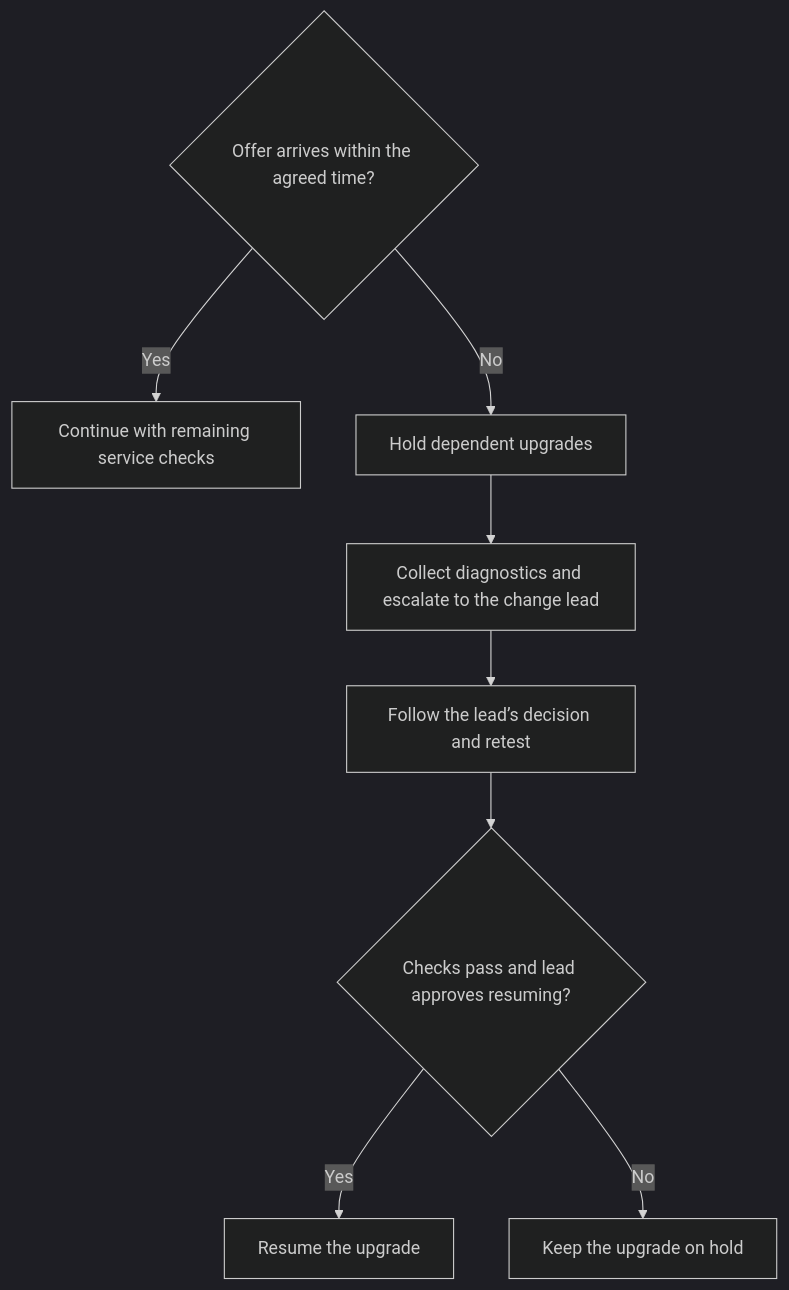
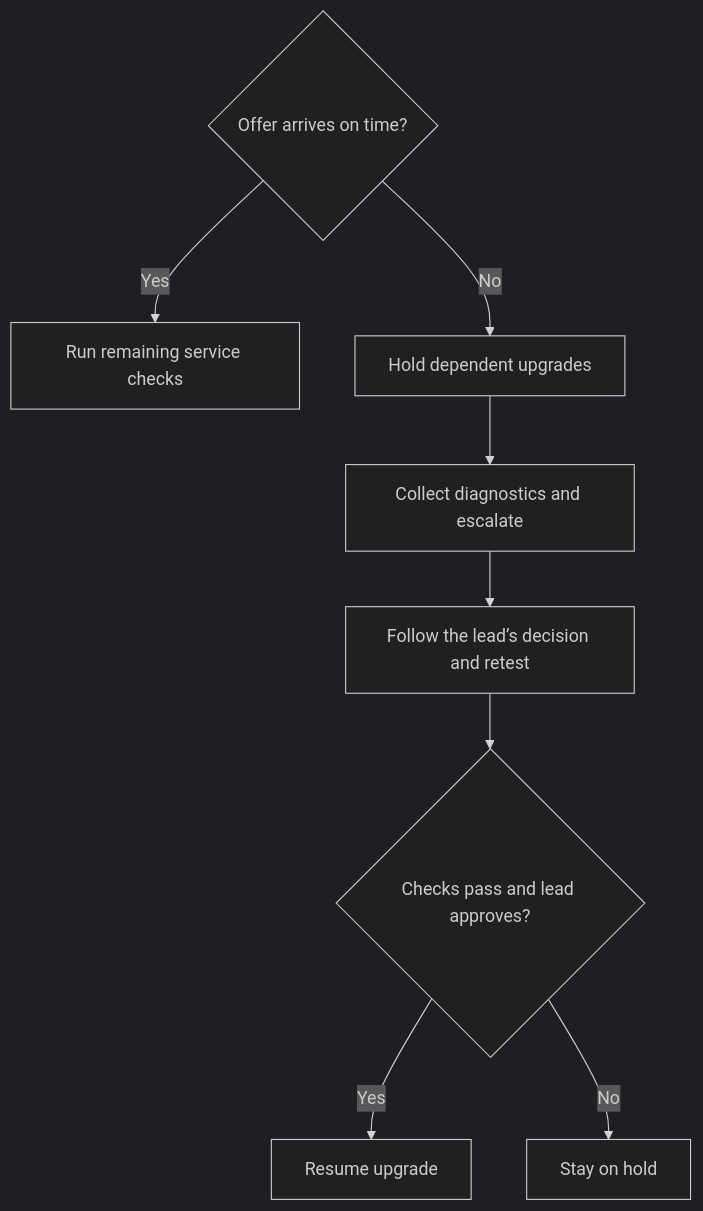
One commit to baysalkerem/technical-writing-portfolio changed the diagram in docs/operations/upgrade-workflow.md. Above: the diagram before and after it, drawn with Mermaid (dark theme). The commit also changed 4 other files, not shown here.

Commit message:
Restyle portfolio diagrams for light and dark modes

````diff
--- a/docs/operations/upgrade-workflow.md
+++ b/docs/operations/upgrade-workflow.md
@@ -30,13 +30,13 @@
 ```mermaid
 flowchart TD
     accTitle: Post-upgrade routing decision
     accDescr: When the offer arrives within the agreed time, continue with the remaining service checks. Otherwise, hold dependent upgrades, collect diagnostics, and escalate to the change lead. Follow the lead’s decision and retest. Resume only when the delivery test and required service checks pass and the lead approves.
-    Offer{"Offer arrives within the agreed time?"}
-    Offer -->|Yes| Check["Continue with remaining service checks"]
-    Offer -->|No| Hold["Hold dependent upgrades"]
-    Hold --> Escalate["Collect diagnostics and escalate to the change lead"]
+    Offer{"Offer arrives on time?"}:::decision
+    Offer -->|Yes| Check["Run remaining service checks"]
+    Offer -->|No| Hold["Hold dependent upgrades"]:::hold
+    Hold --> Escalate["Collect diagnostics and escalate"]
     Escalate --> Retest["Follow the lead’s decision and retest"]
-    Retest --> Review{"Checks pass and lead approves resuming?"}
-    Review -->|Yes| Resume["Resume the upgrade"]
-    Review -->|No| Wait["Keep the upgrade on hold"]
+    Retest --> Review{"Checks pass and lead approves?"}:::decision
+    Review -->|Yes| Resume["Resume upgrade"]:::success
+    Review -->|No| Wait["Stay on hold"]:::hold
 ```
````
